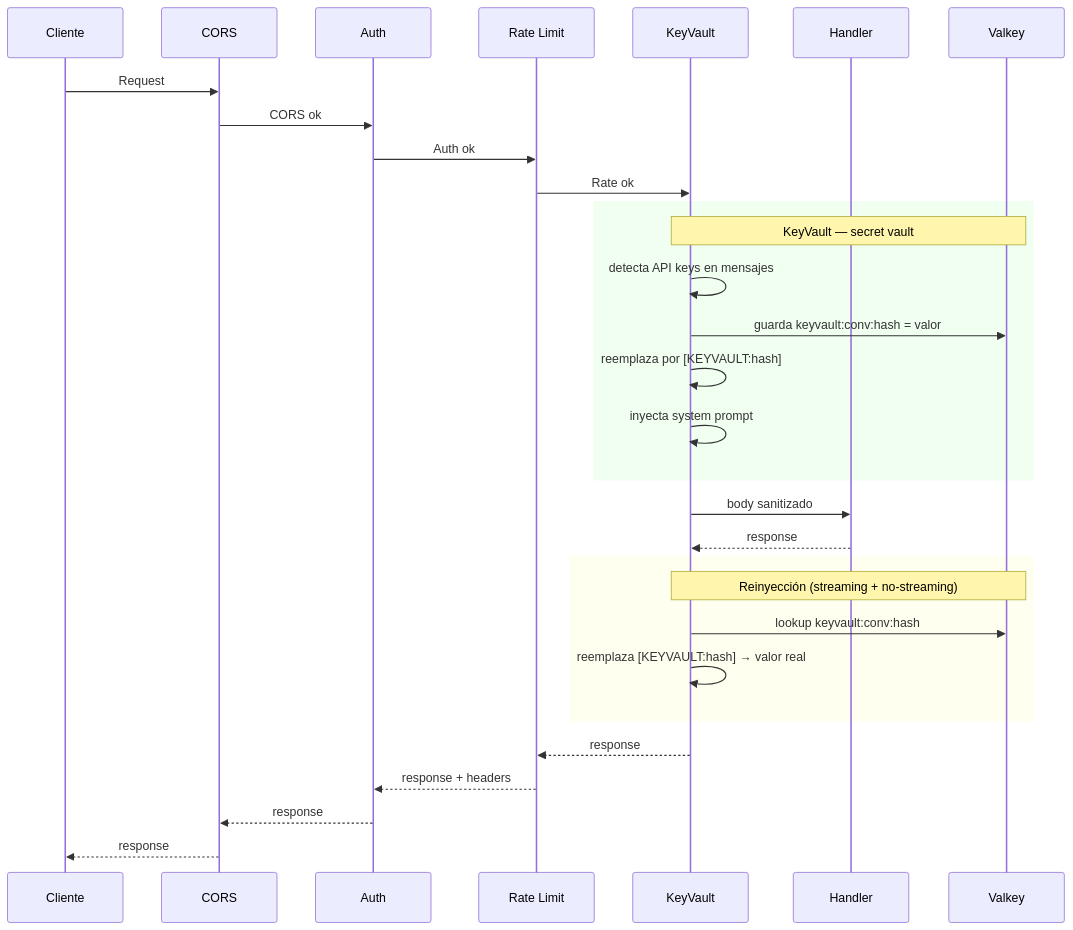
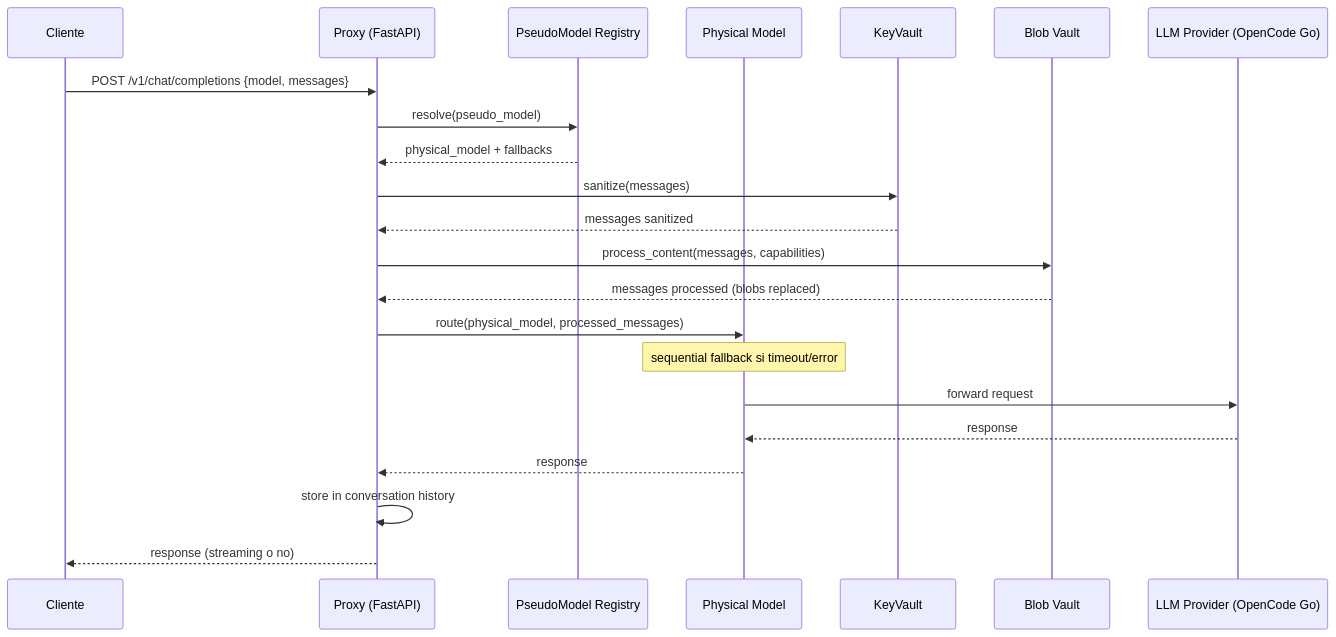
One commit to CesarGuzmanLopez/proxy-cesar changed the first of 6 diagrams in diagramas.md. Above: the diagram before and after it, drawn with Mermaid. The commit also changed other lines of this file and 4 other files, not shown here.

First line of the commit message:
docs: update README, diagramas, BUG_VERIFICATION_FLOW, and remove outdated PROVIDER_NOTES

````diff
--- a/diagramas.md
+++ b/diagramas.md
@@ -89,37 +12,25 @@
 ```mermaid
 sequenceDiagram
     participant C as Cliente
-    participant CO as CORS
-    participant AU as Auth
-    participant RL as Rate Limit
+    participant P as Proxy (FastAPI)
+    participant PM as PseudoModel Registry
+    participant PH as Physical Model
     participant KV as KeyVault
-    participant API as Handler
-    participant VK as Valkey
-    
-    C->>CO: Request
-    CO->>AU: CORS ok
-    AU->>RL: Auth ok
-    RL->>KV: Rate ok
-    
-    rect rgb(240,255,240)
-        Note over KV,VK: KeyVault — secret vault
-        KV->>KV: detecta API keys en mensajes
-        KV->>VK: guarda keyvault:conv:hash = valor
-        KV->>KV: reemplaza por [KEYVAULT:hash]
-        KV->>KV: inyecta system prompt
-    end
-    
-    KV->>API: body sanitizado
-    API-->>KV: response
-    
-    rect rgb(255,255,240)
-        Note over KV,VK: Reinyección (streaming + no-streaming)
-        KV->>VK: lookup keyvault:conv:hash
-        KV->>KV: reemplaza [KEYVAULT:hash] → valor real
-    end
-    
-    KV-->>RL: response
-    RL-->>AU: response + headers
-    AU-->>CO: response
-    CO-->>C: response
+    participant BV as Blob Vault
+    participant LLM as LLM Provider (OpenCode Go)
+
+    C->>P: POST /v1/chat/completions {model, messages}
+    P->>PM: resolve(pseudo_model)
+    PM-->>P: physical_model + fallbacks
+    P->>KV: sanitize(messages)
+    KV-->>P: messages sanitized
+    P->>BV: process_content(messages, capabilities)
+    BV-->>P: messages processed (blobs replaced)
+    P->>PH: route(physical_model, processed_messages)
+    Note over PH: sequential fallback si timeout/error
+    PH->>LLM: forward request
+    LLM-->>PH: response
+    PH-->>P: response
+    P->>P: store in conversation history
+    P-->>C: response (streaming o no)
 ```
````
